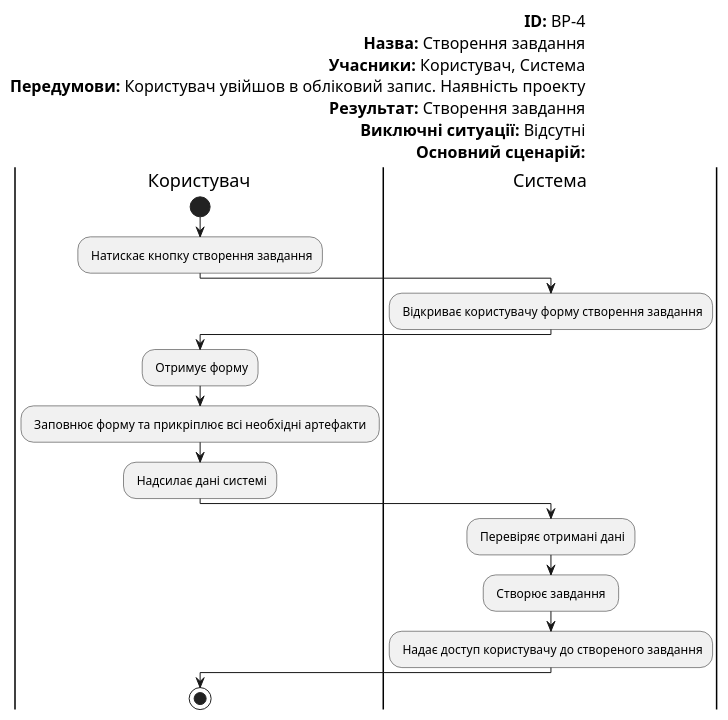
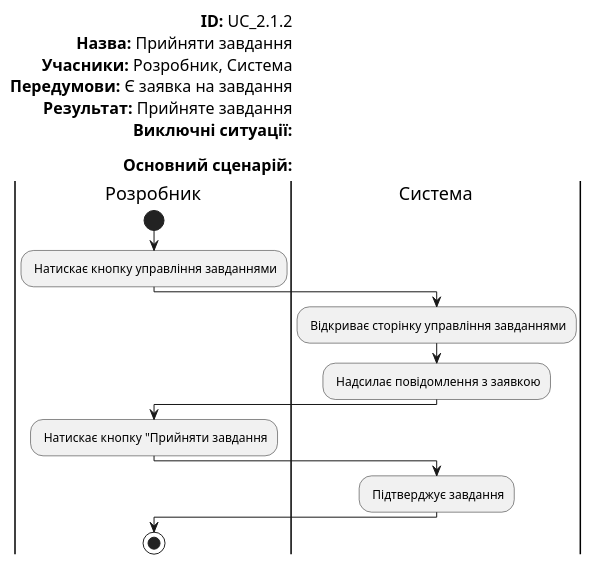
The eighth of 19 diagrams in docs/use cases/README.md (edu-db/edu_db_labs), drawn with PlantUML before and after one commit. The commit also changed other lines of this file, not shown here.

```diff
--- a/docs/use cases/README.md
+++ b/docs/use cases/README.md
@@ -307,35 +281,27 @@
 @startuml
 
     left header
-<font color=000 size=16><b>ID:</b> ВP-4
-<font color=000 size=16><b>Назва:</b> Створення завдання
-<font color=000 size=16><b>Учасники:</b> Користувач, Система
-<font color=000 size=16><b>Передумови:</b> Користувач увійшов в обліковий запис. Наявність проекту
-<font color=000 size=16><b>Результат:</b> Створення завдання
-<font color=000 size=16><b>Виключні ситуації:</b> Відсутні
-<font color=000 size=16><b>Основний сценарій:</b>
+    <font color=000 size=16><b>ID:</b> UC_2.1.2
+    <font color=000 size=16><b>Назва:</b> Прийняти завдання
+    <font color=000 size=16><b>Учасники:</b> Розробник, Система
+    <font color=000 size=16><b>Передумови:</b> Є заявка на завдання
+    <font color=000 size=16><b>Результат:</b> Прийняте завдання
+    <font color=000 size=16><b>Виключні ситуації:</b>
+
+    <font color=000 size=16><b>Основний сценарій:</b>
 end header
 
-|Користувач|
-    start
-    : Натискає кнопку створення завдання;
-|Система|
-    : Відкриває користувачу форму створення завдання;
-|Користувач|
-    : Отримує форму;
-|Користувач|
-    : Заповнює форму та прикріплює всі необхідні артефакти ;
-|Користувач|
-    : Надсилає дані системі;
-|Система|   
-    : Перевіряє отримані дані;
-    
-
-|Система|   
-    : Створює завдання ;
- 
-    : Надає доступ користувачу до створеного завдання;
-    
-|Користувач|
-    stop;
+        
+    |Розробник|
+        start
+        : Натискає кнопку управління завданнями;
+    |Система|
+        : Відкриває сторінку управління завданнями;
+        : Надсилає повідомлення з заявкою;
+    |Розробник|
+        : Натискає кнопку "Прийняти завдання;
+    |Система|   
+        : Підтверджує завдання;
+    |Розробник|
+        stop;
 @enduml
```
